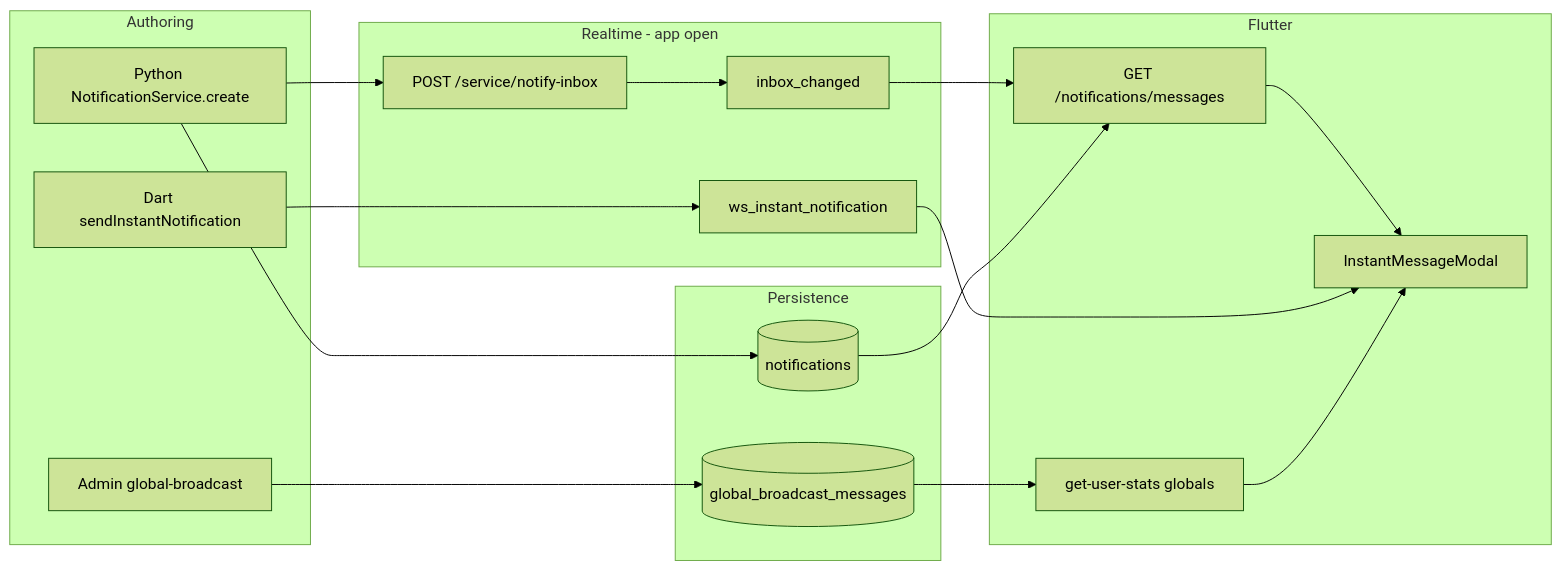
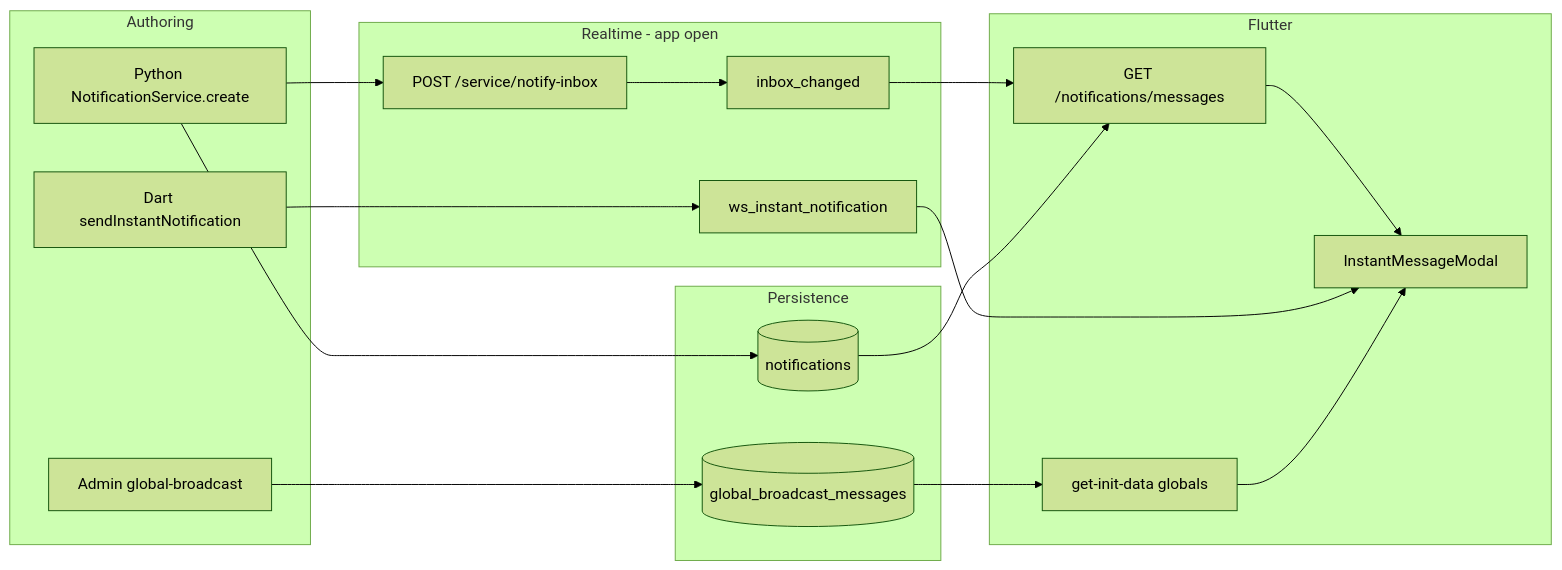
One commit to sil-vella/recall changed the first of 2 diagrams in Documentation/Notification_Sys/NOTIFICATION_SYSTEM_FLOW.md. Above: the diagram before and after it, drawn with Mermaid (forest theme). The commit also changed other lines of this file and 28 other files, not shown here.

````diff
--- a/Documentation/Notification_Sys/NOTIFICATION_SYSTEM_FLOW.md
+++ b/Documentation/Notification_Sys/NOTIFICATION_SYSTEM_FLOW.md
@@ -25,28 +42,28 @@
 ```mermaid
 flowchart LR
   subgraph author [Authoring]
     PY[Python NotificationService.create]
     DART_INST[Dart sendInstantNotification]
     GLOB[Admin global-broadcast]
   end
   subgraph store [Persistence]
     Mongo[(notifications)]
     GColl[(global_broadcast_messages)]
   end
   subgraph realtime [Realtime - app open]
     HTTP[POST /service/notify-inbox]
     WS1[inbox_changed]
     WS2[ws_instant_notification]
   end
   subgraph client [Flutter]
     REST[GET /notifications/messages]
-    STATS[get-user-stats globals]
+    INIT[get-init-data globals]
     MODAL[InstantMessageModal]
   end
   PY --> Mongo
   PY --> HTTP --> WS1 --> REST --> MODAL
   DART_INST --> WS2 --> MODAL
   GLOB --> GColl
-  GColl --> STATS --> MODAL
+  GColl --> INIT --> MODAL
   Mongo --> REST
 ```
````
